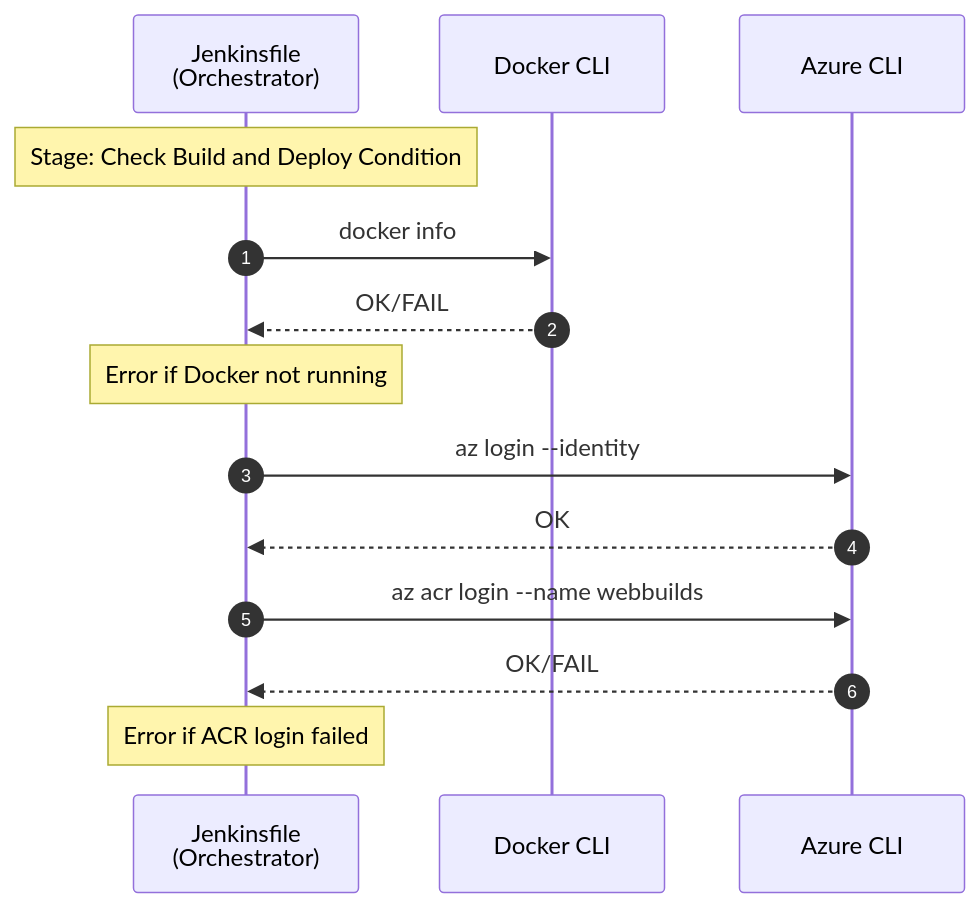
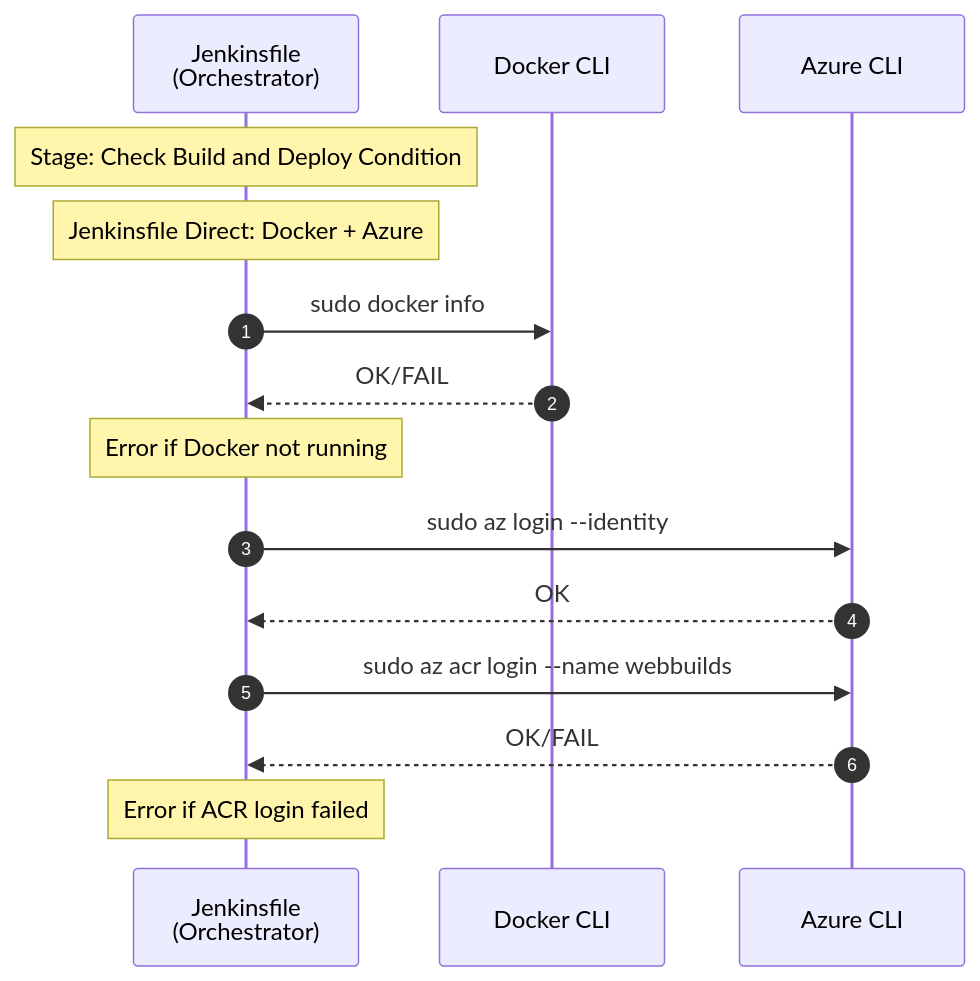
Before and after one commit to JindoKimKor/Self-Binnacle: the eighth of 11 diagrams in Voyages/Projects/VARLab-work-transfer/portfolios/devops-jenkins-linux/4-layer-architecture-and-logger-system-integration/problem-analysis/pipeline-sequence-diagrams/js-cd.md, drawn with Mermaid. The commit also changed other lines of this file and 55 other files, not shown here.

First line of the commit message:
refactor(4-layer-architecture): Standardize analysis document naming and format

````diff
--- a/Voyages/Projects/VARLab-work-transfer/portfolios/devops-jenkins-linux/4-layer-architecture-and-logger-system-integration/problem-analysis/pipeline-sequence-diagrams/js-cd.md
+++ b/Voyages/Projects/VARLab-work-transfer/portfolios/devops-jenkins-linux/4-layer-architecture-and-logger-system-integration/problem-analysis/pipeline-sequence-diagrams/js-cd.md
@@ -271,21 +283,22 @@
 ```mermaid
 sequenceDiagram
     autonumber
 
     participant JF as Jenkinsfile<br/>(Orchestrator)
     participant Docker as Docker CLI
     participant AZ as Azure CLI
 
     Note over JF: Stage: Check Build and Deploy Condition
+    Note over JF: Jenkinsfile Direct: Docker + Azure
 
-    JF->>Docker: docker info
+    JF->>Docker: sudo docker info
     Docker-->>JF: OK/FAIL
     Note over JF: Error if Docker not running
 
-    JF->>AZ: az login --identity
+    JF->>AZ: sudo az login --identity
     AZ-->>JF: OK
 
-    JF->>AZ: az acr login --name webbuilds
+    JF->>AZ: sudo az acr login --name webbuilds
     AZ-->>JF: OK/FAIL
     Note over JF: Error if ACR login failed
 ```
````
